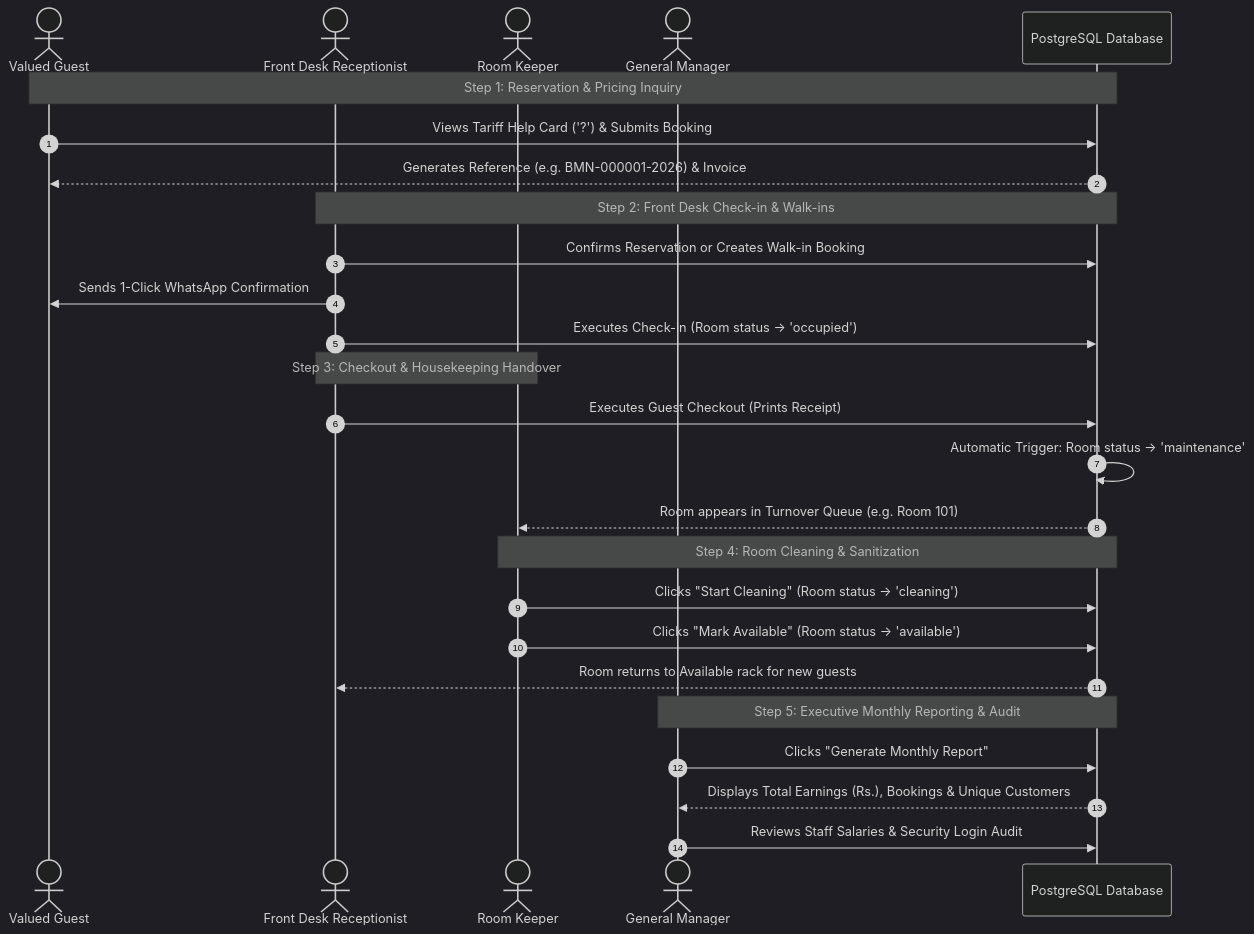
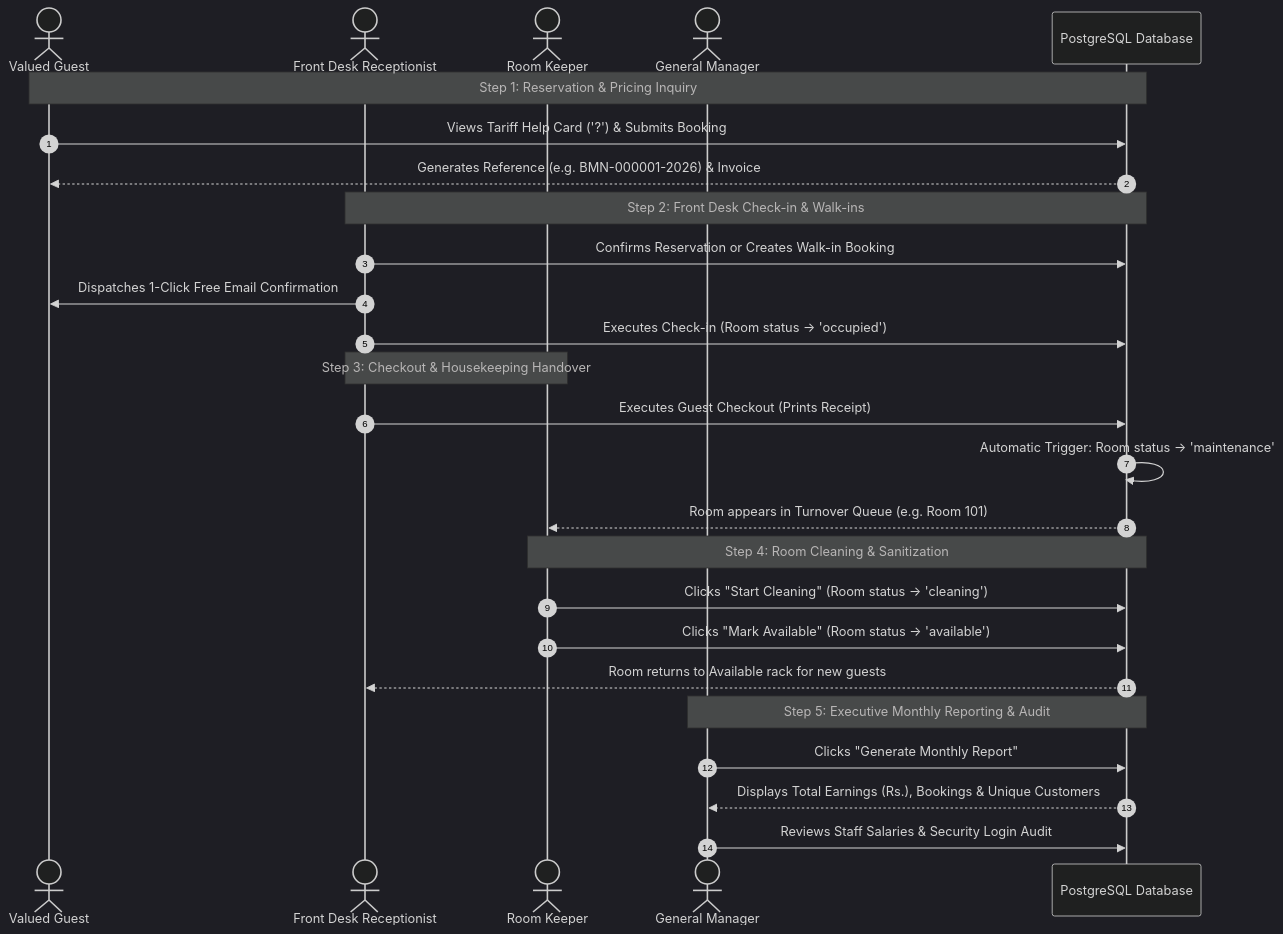
Before and after one commit to shakir-mhd/Hotel-The-Blue-Moon-Web: the third of 3 diagrams in README.md, drawn with Mermaid (dark theme). The commit also changed other lines of this file and 4 other files, not shown here.

Commit message:
feat: Screen 1 Customer vs Admins gateway, Excel CSV export, live room filters, and zero-cost email confirmation

````diff
--- a/README.md
+++ b/README.md
@@ -173,33 +173,33 @@
 ```mermaid
 sequenceDiagram
     autonumber
     actor Guest as Valued Guest
     actor Reception as Front Desk Receptionist
     actor Housekeeping as Room Keeper
     actor Manager as General Manager
     participant DB as PostgreSQL Database
 
     Note over Guest,DB: Step 1: Reservation & Pricing Inquiry
     Guest->>DB: Views Tariff Help Card ('?') & Submits Booking
     DB-->>Guest: Generates Reference (e.g. BMN-000001-2026) & Invoice
 
     Note over Reception,DB: Step 2: Front Desk Check-in & Walk-ins
     Reception->>DB: Confirms Reservation or Creates Walk-in Booking
-    Reception->>Guest: Sends 1-Click WhatsApp Confirmation
+    Reception->>Guest: Dispatches 1-Click Free Email Confirmation
     Reception->>DB: Executes Check-in (Room status -> 'occupied')
 
     Note over Reception,Housekeeping: Step 3: Checkout & Housekeeping Handover
     Reception->>DB: Executes Guest Checkout (Prints Receipt)
     DB->>DB: Automatic Trigger: Room status -> 'maintenance'
     DB-->>Housekeeping: Room appears in Turnover Queue (e.g. Room 101)
 
     Note over Housekeeping,DB: Step 4: Room Cleaning & Sanitization
     Housekeeping->>DB: Clicks "Start Cleaning" (Room status -> 'cleaning')
     Housekeeping->>DB: Clicks "Mark Available" (Room status -> 'available')
     DB-->>Reception: Room returns to Available rack for new guests
 
     Note over Manager,DB: Step 5: Executive Monthly Reporting & Audit
     Manager->>DB: Clicks "Generate Monthly Report"
     DB-->>Manager: Displays Total Earnings (Rs.), Bookings & Unique Customers
     Manager->>DB: Reviews Staff Salaries & Security Login Audit
 ```
````
